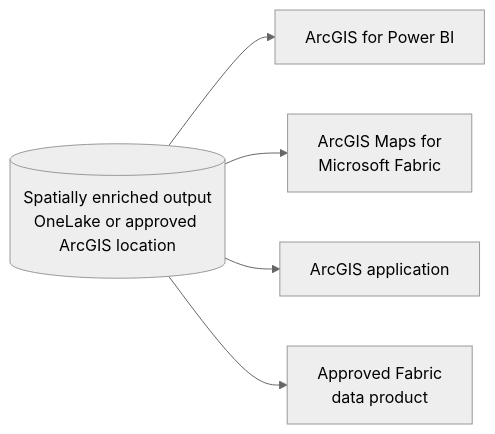
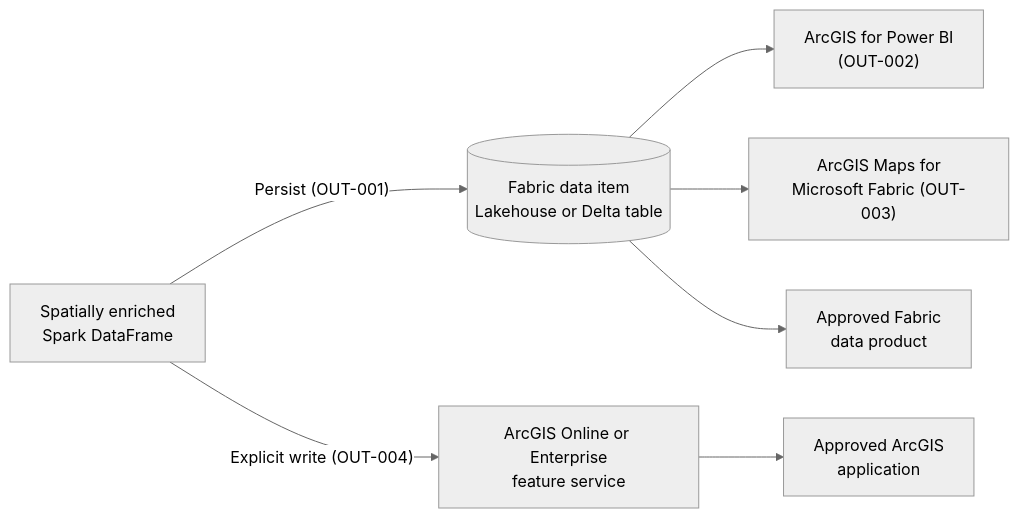
One commit to Tonyfra91/microsoft-esri-architecture-library changed the diagram in 02-GeoAnalytics-for-Fabric/05-Stage-3-Use-the-Results.md. Above: the diagram before and after it, drawn with Mermaid (neutral theme). The commit also changed other lines of this file and 6 other files, not shown here.

````diff
--- a/02-GeoAnalytics-for-Fabric/05-Stage-3-Use-the-Results.md
+++ b/02-GeoAnalytics-for-Fabric/05-Stage-3-Use-the-Results.md
@@ -38,8 +39,10 @@
 ```mermaid
 flowchart LR
-    OUT[("Spatially enriched output<br/>OneLake or approved ArcGIS location")]
-    OUT --> PBI["ArcGIS for Power BI"]
-    OUT --> MAPS["ArcGIS Maps for<br/>Microsoft Fabric"]
-    OUT --> APP["ArcGIS application"]
-    OUT --> DP["Approved Fabric<br/>data product"]
+    OUT["Spatially enriched<br/>Spark DataFrame"]
+    OUT -->|"Persist (OUT-001)"| FABRIC[("Fabric data item<br/>Lakehouse or Delta table")]
+    OUT -->|"Explicit write (OUT-004)"| FS["ArcGIS Online or Enterprise<br/>feature service"]
+    FABRIC --> PBI["ArcGIS for Power BI<br/>(OUT-002)"]
+    FABRIC --> MAPS["ArcGIS Maps for<br/>Microsoft Fabric (OUT-003)"]
+    FABRIC --> DP["Approved Fabric<br/>data product"]
+    FS --> APP["Approved ArcGIS<br/>application"]
 ```
````
